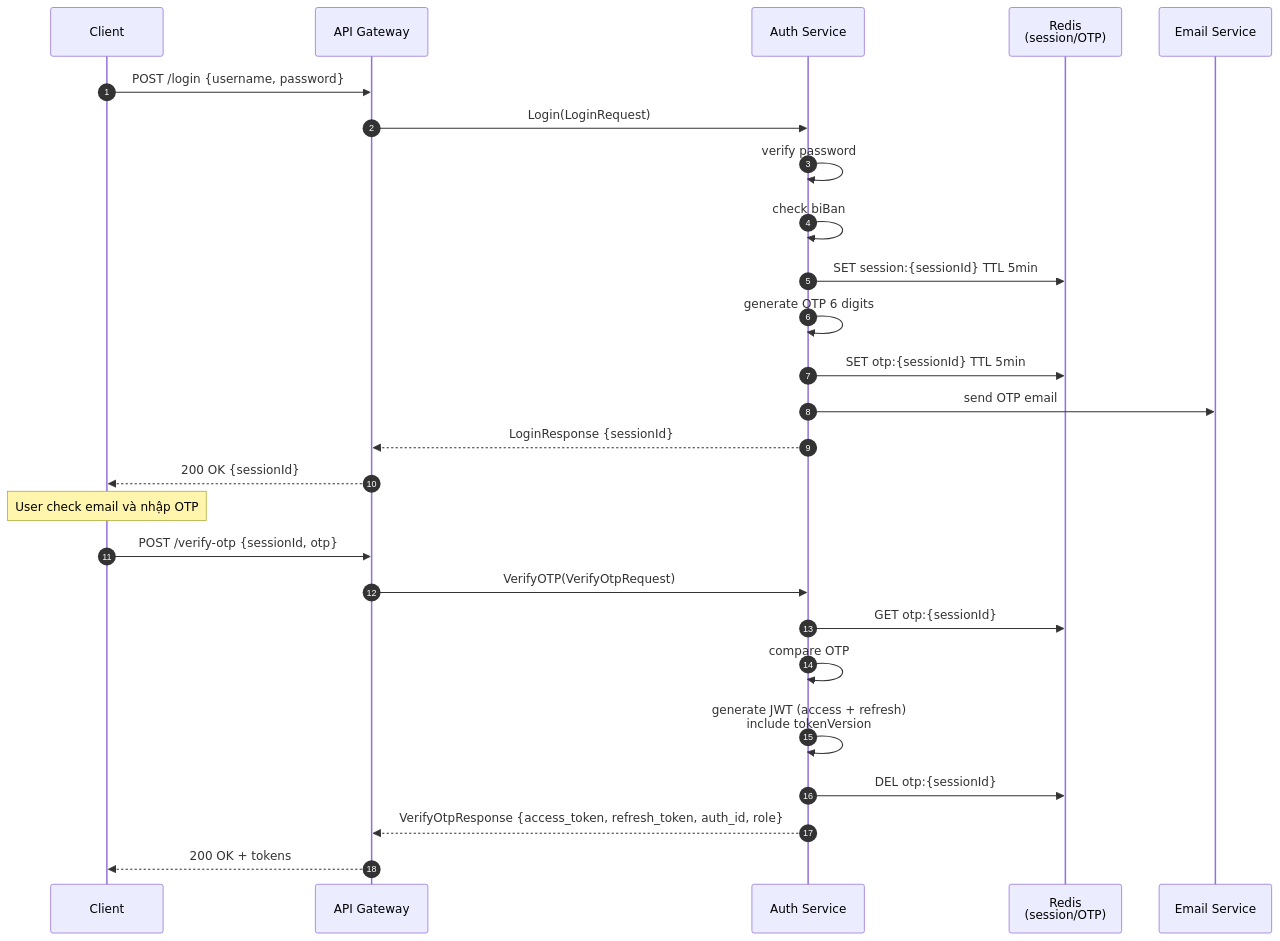
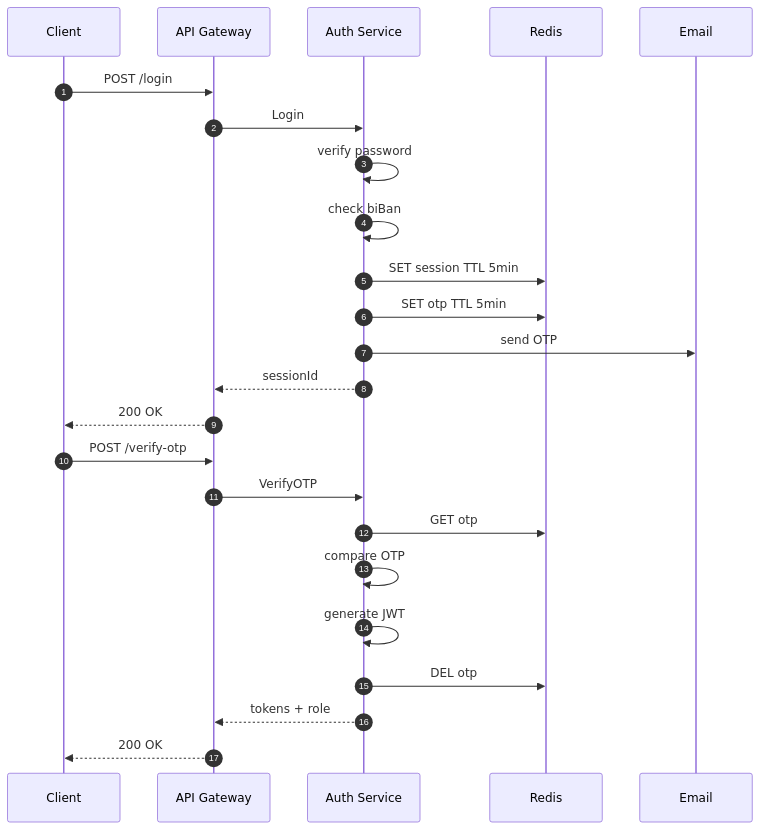
Before and after one commit to DANG-PH/dragonboy-api-gateway: the seventh of 18 diagrams in docs/architecture.md, drawn with Mermaid. The commit also changed other lines of this file, not shown here.

Commit message:
fix: architecture docs with erd, diagram, usecase,...

````diff
--- a/docs/architecture.md
+++ b/docs/architecture.md
@@ -526,31 +624,28 @@
 ```mermaid
 sequenceDiagram
     autonumber
     participant C as Client
     participant GW as API Gateway
     participant Auth as Auth Service
-    participant Redis as Redis<br/>(session/OTP)
-    participant Mail as Email Service
+    participant Redis as Redis
+    participant Mail as Email
 
-    C->>GW: POST /login {username, password}
-    GW->>Auth: Login(LoginRequest)
+    C->>GW: POST /login
+    GW->>Auth: Login
     Auth->>Auth: verify password
     Auth->>Auth: check biBan
-    Auth->>Redis: SET session:{sessionId} TTL 5min
-    Auth->>Auth: generate OTP 6 digits
-    Auth->>Redis: SET otp:{sessionId} TTL 5min
-    Auth->>Mail: send OTP email
-    Auth-->>GW: LoginResponse {sessionId}
-    GW-->>C: 200 OK {sessionId}
+    Auth->>Redis: SET session TTL 5min
+    Auth->>Redis: SET otp TTL 5min
+    Auth->>Mail: send OTP
+    Auth-->>GW: sessionId
+    GW-->>C: 200 OK
 
-    Note over C: User check email và nhập OTP
-
-    C->>GW: POST /verify-otp {sessionId, otp}
-    GW->>Auth: VerifyOTP(VerifyOtpRequest)
-    Auth->>Redis: GET otp:{sessionId}
+    C->>GW: POST /verify-otp
+    GW->>Auth: VerifyOTP
+    Auth->>Redis: GET otp
     Auth->>Auth: compare OTP
-    Auth->>Auth: generate JWT (access + refresh)<br/>include tokenVersion
-    Auth->>Redis: DEL otp:{sessionId}
-    Auth-->>GW: VerifyOtpResponse {access_token, refresh_token, auth_id, role}
-    GW-->>C: 200 OK + tokens
+    Auth->>Auth: generate JWT
+    Auth->>Redis: DEL otp
+    Auth-->>GW: tokens + role
+    GW-->>C: 200 OK
 ```
````
